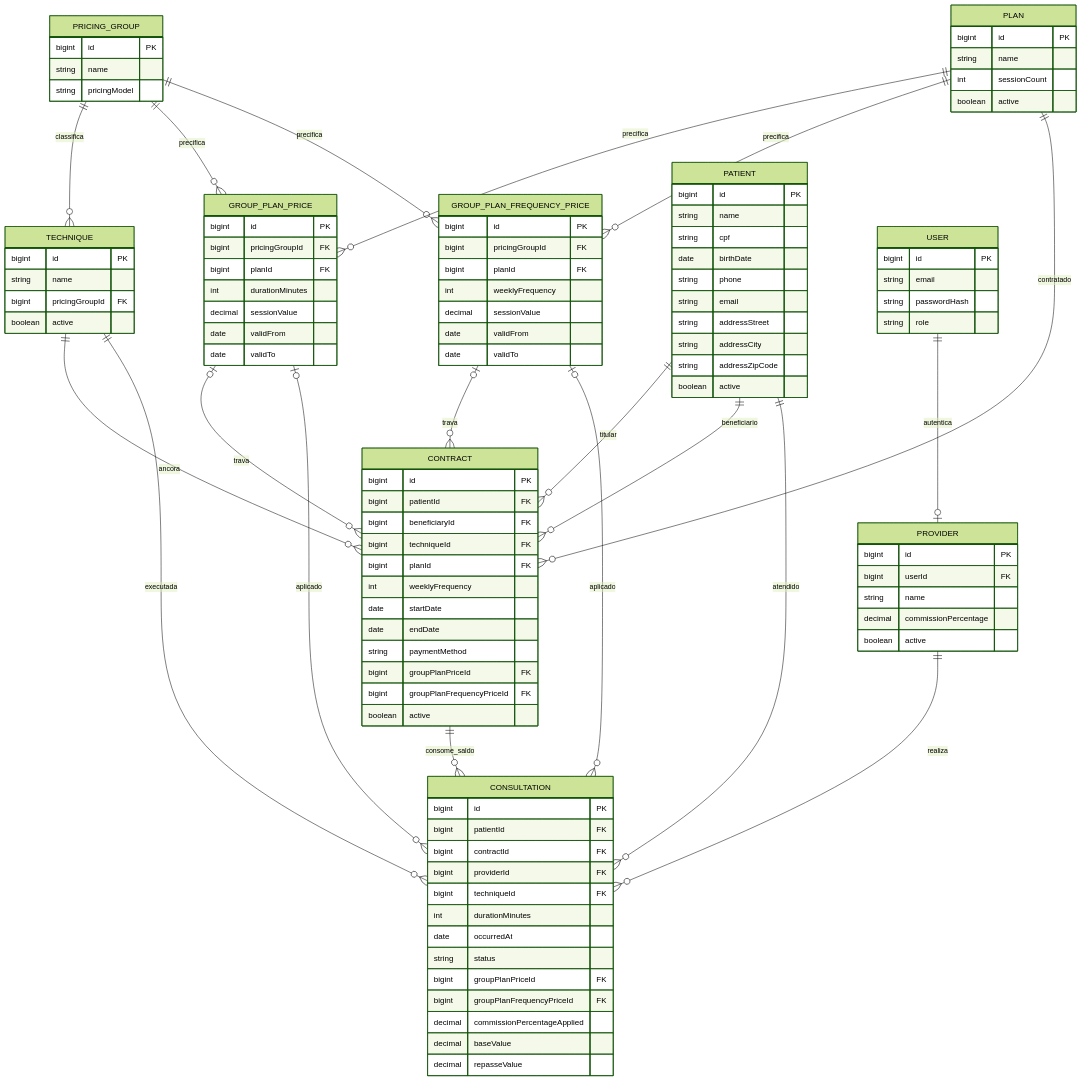
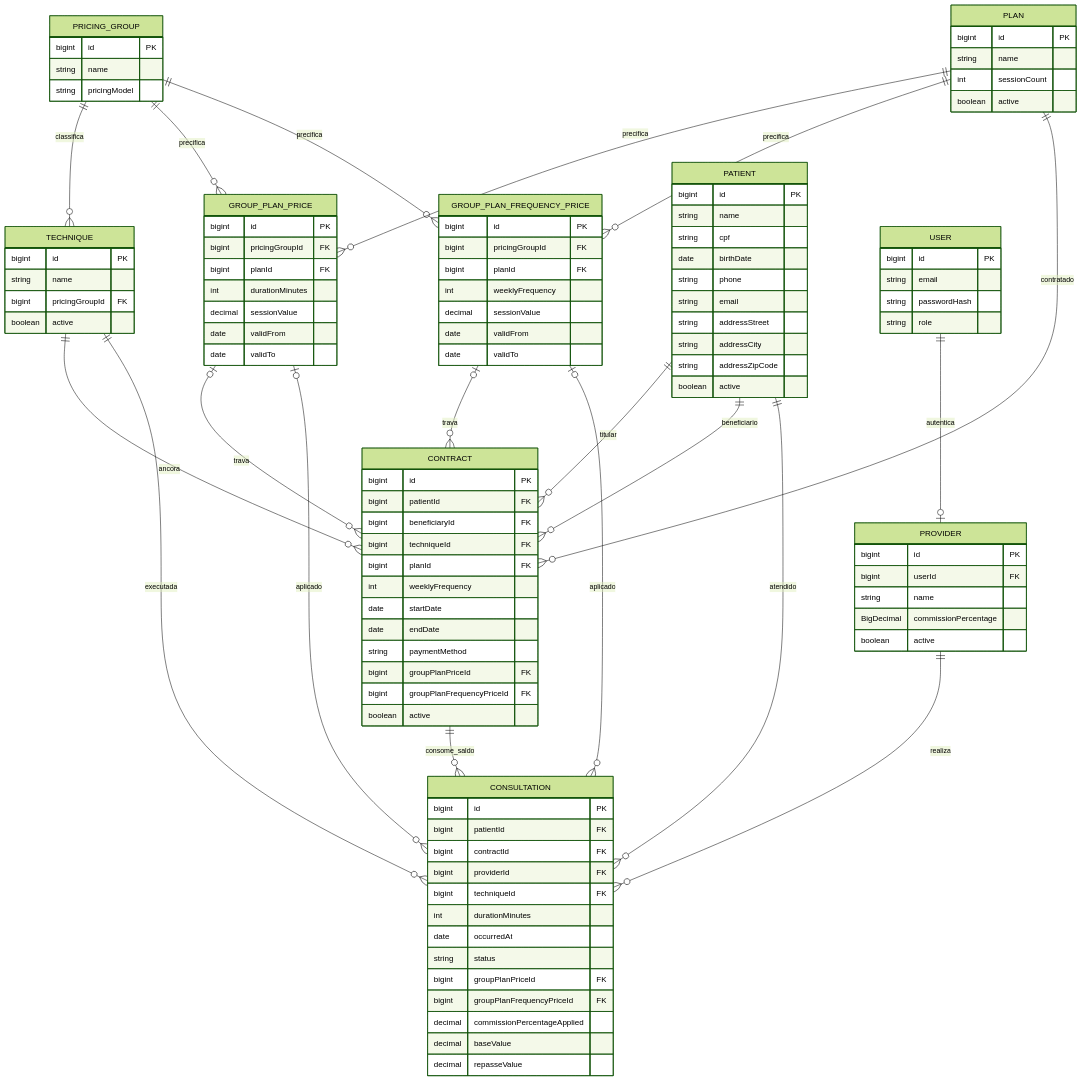
One commit to 1k2s/sublime-app changed the diagram in docs/domain-model.md. Above: the diagram before and after it, drawn with Mermaid (forest theme). The commit also changed 7 other files, not shown here.

```diff
--- a/docs/domain-model.md
+++ b/docs/domain-model.md
@@ -107,7 +107,7 @@
     bigint id PK
     bigint userId FK
     string name
-    decimal commissionPercentage
+    BigDecimal commissionPercentage
     boolean active
   }
 
```
